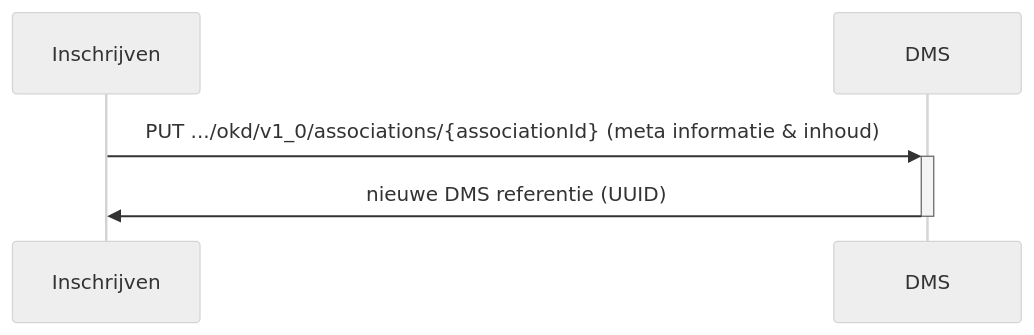
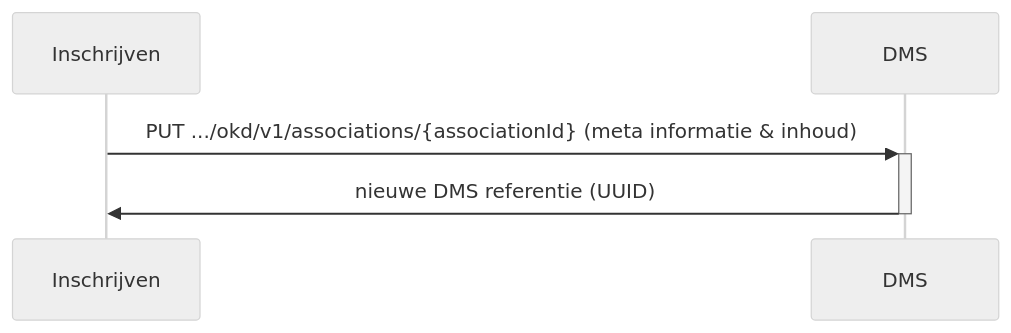
The second of 4 diagrams in doc/flow-1.md (Onderwijs-Koppelingen-OKx/OKD-Document-Management), drawn with Mermaid (neutral theme) before and after one commit. The commit also changed other lines of this file, not shown here.

Commit message:
Rename v1_0 to v1 for flow-1

````diff
--- a/doc/flow-1.md
+++ b/doc/flow-1.md
@@ -183,9 +183,9 @@
 ```mermaid
 sequenceDiagram
     Participant Inschrijven
     Participant DMS
 
-    Inschrijven->>+DMS: PUT .../okd/v1_0/associations/{associationId} (meta informatie & inhoud)
+    Inschrijven->>+DMS: PUT .../okd/v1/associations/{associationId} (meta informatie & inhoud)
     DMS->>-Inschrijven: nieuwe DMS referentie (UUID)
 
 ```
````
